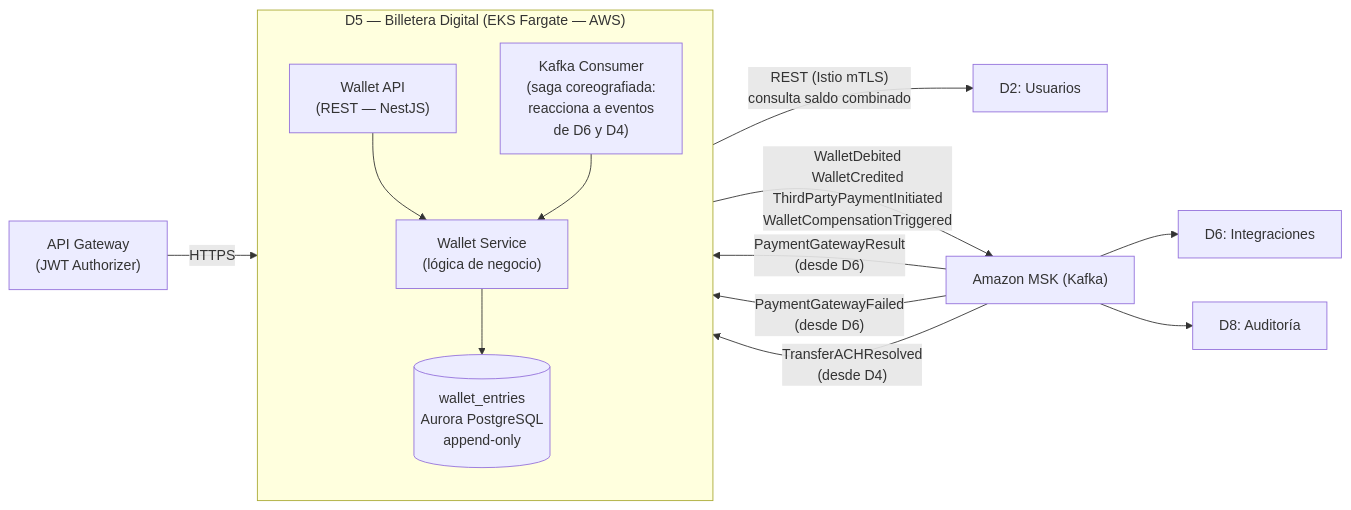
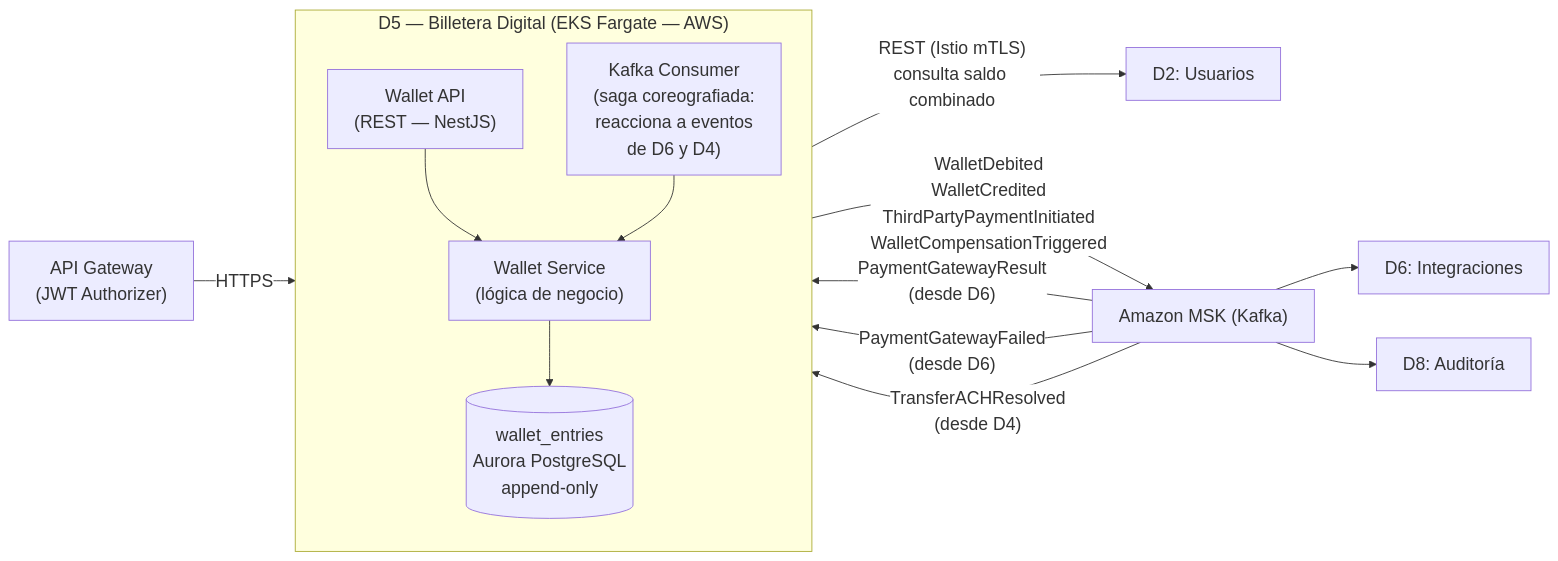
The sixth of 9 diagrams in secciones/seccion_3_diagrama.md (ortizSimon/GuionArquitecturas), drawn with Mermaid before and after one commit. The commit also changed other lines of this file, not shown here.

````diff
--- a/secciones/seccion_3_diagrama.md
+++ b/secciones/seccion_3_diagrama.md
@@ -497,38 +502,39 @@
 ```mermaid
+%%{init: {'theme': 'default', 'themeVariables': {'fontSize': '20px', 'edgeLabelBackground': '#ffffff'}}}%%
 graph LR
     %% ── Entradas (izquierda) ──────────────────────────────────────
     GW["API Gateway\n(JWT Authorizer)"]
     D2["D2: Usuarios"]
 
     %% ── D5: Billetera Digital (centro) ───────────────────────────
     subgraph D5["D5 — Billetera Digital (EKS Fargate — AWS)"]
         direction TB
         WalletAPI["Wallet API\n(REST — NestJS)"]
         WalletService["Wallet Service\n(lógica de negocio)"]
         EventConsumer["Kafka Consumer\n(saga coreografiada:\nreacciona a eventos\nde D6 y D4)"]
         WalletDB[("wallet_entries\nAurora PostgreSQL\nappend-only")]
 
         WalletAPI --> WalletService
         WalletService --> WalletDB
         EventConsumer --> WalletService
     end
 
     %% ── Salidas (derecha) ─────────────────────────────────────────
     KAFKA["Amazon MSK (Kafka)"]
     D6["D6: Integraciones"]
     D8["D8: Auditoría"]
 
     %% ── Eventos entrantes desde Kafka (saga coreografiada) ──────
     KAFKA -->|"PaymentGatewayResult\n(desde D6)"| EventConsumer
     KAFKA -->|"PaymentGatewayFailed\n(desde D6)"| EventConsumer
     KAFKA -->|"TransferACHResolved\n(desde D4)"| EventConsumer
 
     %% ── Conexiones entrantes síncronas ────────────────────────────
     GW -->|HTTPS| WalletAPI
     WalletService -->|"REST (Istio mTLS)\nconsulta saldo combinado"| D2
 
     %% ── Conexiones salientes (coreografía: cada servicio reacciona) ──
     WalletService -->|"WalletDebited\nWalletCredited\nThirdPartyPaymentInitiated\nWalletCompensationTriggered"| KAFKA
     KAFKA --> D6
     KAFKA --> D8
 ```
````
